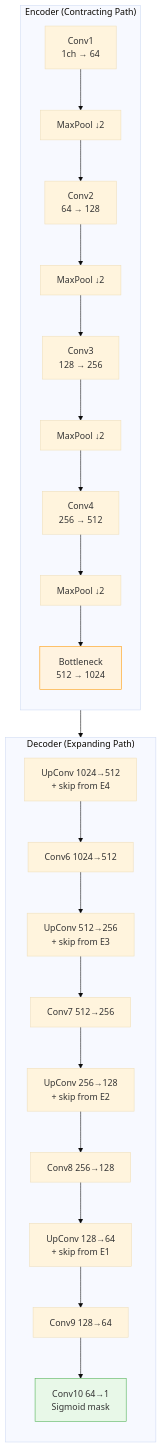
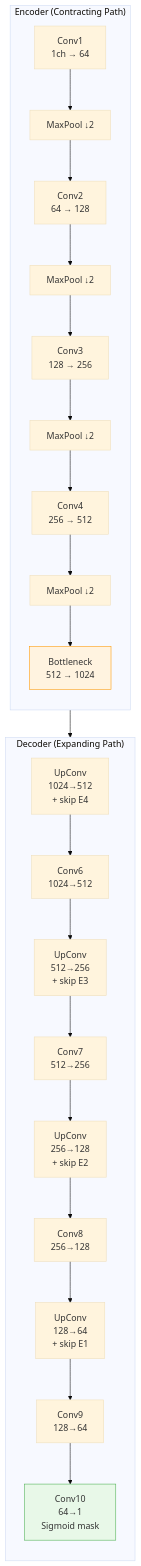
Before and after one commit to buttegggggggg/buttegggggggg.github.io: the second of 4 diagrams in DL.qmd, drawn with Mermaid (base theme). The commit also changed other lines of this file and 6 other files, not shown here.

````diff
--- a/DL.qmd
+++ b/DL.qmd
@@ -165,25 +149,25 @@
 ```{mermaid}
 flowchart TB
     subgraph Encoder["Encoder (Contracting Path)"]
         direction TB
         E1["Conv1\n1ch → 64"] --> P1["MaxPool ↓2"]
         P1 --> E2["Conv2\n64 → 128"] --> P2["MaxPool ↓2"]
         P2 --> E3["Conv3\n128 → 256"] --> P3["MaxPool ↓2"]
         P3 --> E4["Conv4\n256 → 512"] --> P4["MaxPool ↓2"]
         P4 --> E5["Bottleneck\n512 → 1024"]
     end
 
     subgraph Decoder["Decoder (Expanding Path)"]
         direction TB
-        D1["UpConv 1024→512\n+ skip from E4"] --> C6["Conv6 1024→512"]
-        C6 --> D2["UpConv 512→256\n+ skip from E3"] --> C7["Conv7 512→256"]
-        C7 --> D3["UpConv 256→128\n+ skip from E2"] --> C8["Conv8 256→128"]
-        C8 --> D4["UpConv 128→64\n+ skip from E1"] --> C9["Conv9 128→64"]
-        C9 --> OUT["Conv10 64→1\nSigmoid mask"]
+        D1["UpConv\n1024→512\n+ skip E4"] --> C6["Conv6\n1024→512"]
+        C6 --> D2["UpConv\n512→256\n+ skip E3"] --> C7["Conv7\n512→256"]
+        C7 --> D3["UpConv\n256→128\n+ skip E2"] --> C8["Conv8\n256→128"]
+        C8 --> D4["UpConv\n128→64\n+ skip E1"] --> C9["Conv9\n128→64"]
+        C9 --> OUT["Conv10\n64→1\nSigmoid mask"]
     end
 
     E5 --> D1
 
     style E5 fill:#fff3e0,stroke:#FF9800
     style OUT fill:#e8f8e8,stroke:#4CAF50
 ```
````
